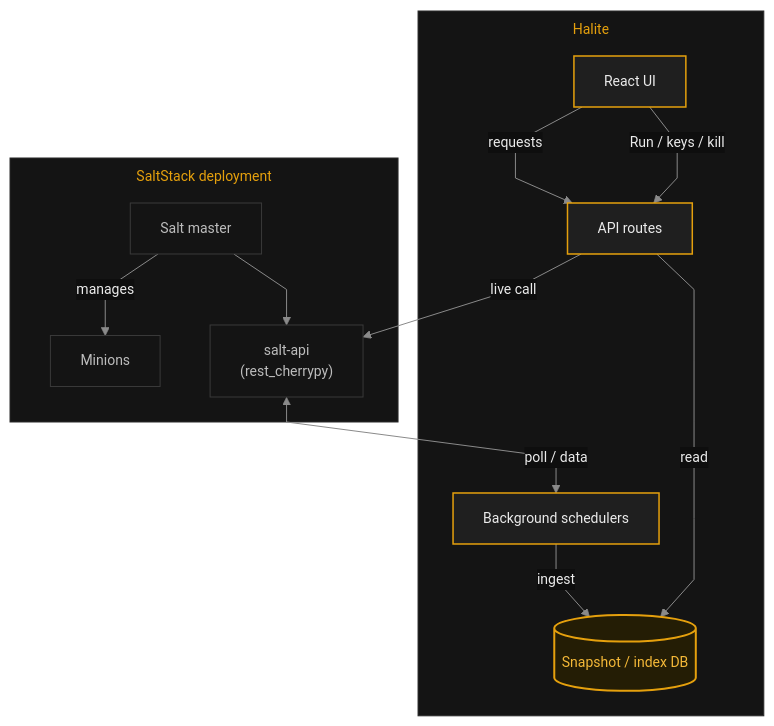
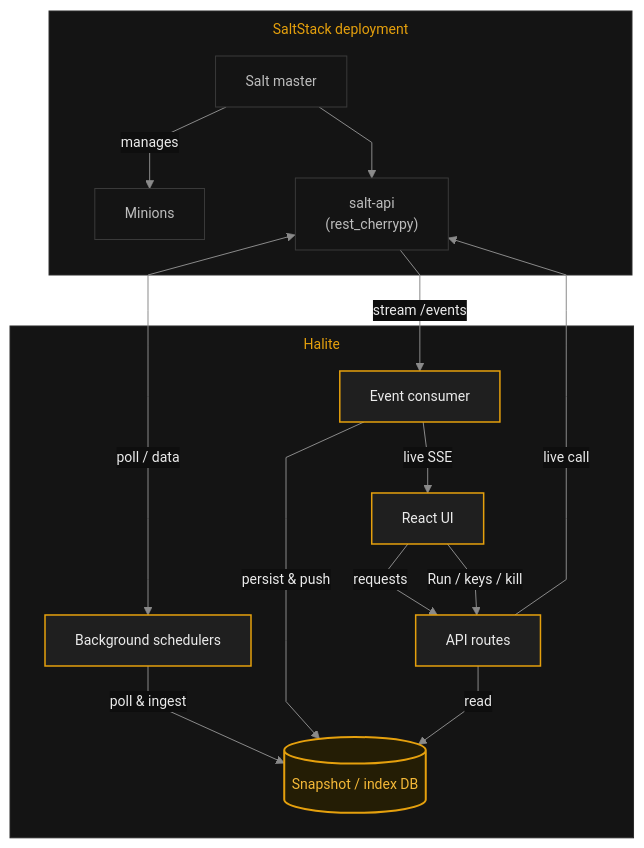
Before and after one commit to calebcall/halite: the diagram in docs/concepts/how-it-works.mdx, drawn with Mermaid. The commit also changed other lines of this file, not shown here.

Commit message:
docs: Update conceptual docs with event stream architecture

````diff
--- a/docs/concepts/how-it-works.mdx
+++ b/docs/concepts/how-it-works.mdx
@@ -10,26 +10,29 @@
 ```mermaid actions={false}
 %%{init: {'theme':'base','flowchart':{'curve':'linear','subGraphTitleMargin':{'top':8,'bottom':12}},'themeVariables':{'fontFamily':'Inter, ui-sans-serif, system-ui, -apple-system, sans-serif','fontSize':'14px','primaryColor':'#1f1f1f','primaryTextColor':'#ebebeb','primaryBorderColor':'#e5a00d','lineColor':'#8a8a8a','clusterBkg':'#141414','clusterBorder':'#2a2a2a','titleColor':'#e5a00d','edgeLabelBackground':'#0e0e0e'}}}%%
 flowchart TD
     subgraph Salt["SaltStack deployment"]
         M[Salt master] -->|manages| Minions[Minions]
         M --> SAPI["salt-api<br/>(rest_cherrypy)"]
     end
 
     subgraph Halite["Halite"]
-        SCH[Background schedulers] -->|ingest| DB[(Snapshot / index DB)]
+        SCH[Background schedulers] -->|poll & ingest| DB[(Snapshot / index DB)]
+        CON[Event consumer] -->|persist & push| DB
         API[API routes] -->|read| DB
         UI[React UI] -->|requests| API
     end
 
     SAPI <-->|poll / data| SCH
+    SAPI -->|stream /events| CON
+    CON -->|live SSE| UI
     UI -->|Run / keys / kill| API
     API -->|live call| SAPI
 
     classDef external fill:#141414,stroke:#3a3a3a,stroke-width:1px,color:#bdbdbd;
     classDef halite fill:#1f1f1f,stroke:#e5a00d,stroke-width:1.5px,color:#ebebeb;
     classDef store fill:#241d05,stroke:#e5a00d,stroke-width:2px,color:#f5b938;
 
     class M,Minions,SAPI external;
-    class SCH,API,UI halite;
+    class SCH,CON,API,UI halite;
     class DB store;
 ```
````
